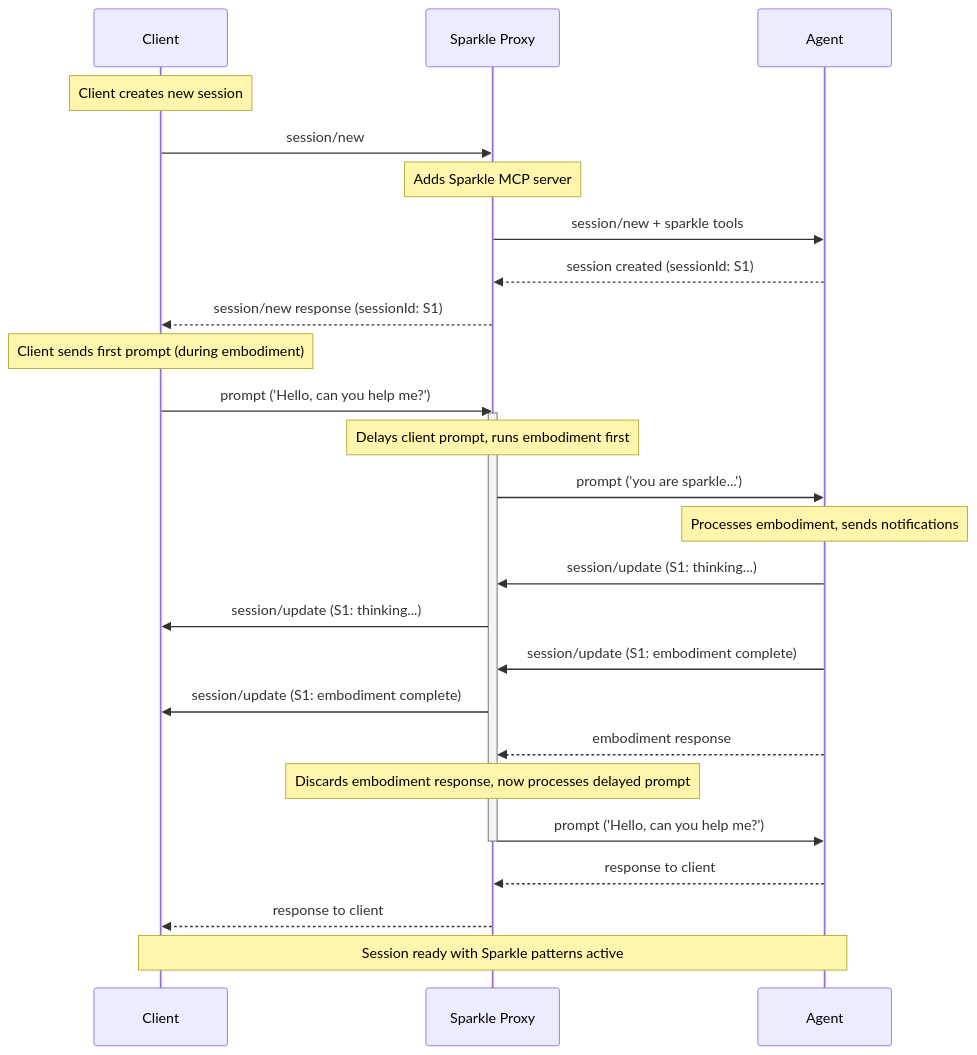
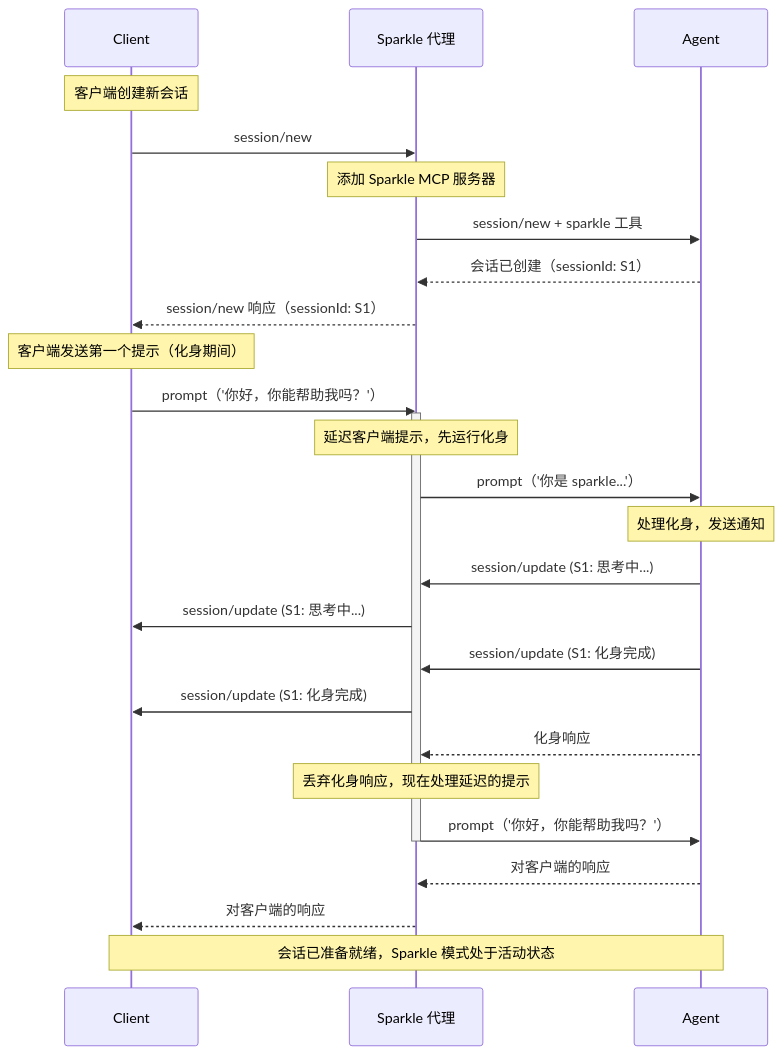
One commit to cxykevin/acp-docs-cn changed the tenth of 11 diagrams in rfds/proxy-chains.mdx. Above: the diagram before and after it, drawn with Mermaid. The commit also changed other lines of this file and 15 other files, not shown here.

````diff
--- a/rfds/proxy-chains.mdx
+++ b/rfds/proxy-chains.mdx
@@ -344,38 +344,38 @@
 ```mermaid
 sequenceDiagram
     participant Client
-    participant Sparkle as Sparkle Proxy
+    participant Sparkle as Sparkle 代理
     participant Agent
 
-    Note over Client: Client creates new session
+    Note over Client: 客户端创建新会话
     Client->>Sparkle: session/new
 
-    Note over Sparkle: Adds Sparkle MCP server
-    Sparkle->>Agent: session/new + sparkle tools
-    Agent-->>Sparkle: session created (sessionId: S1)
-    Sparkle-->>Client: session/new response (sessionId: S1)
+    Note over Sparkle: 添加 Sparkle MCP 服务器
+    Sparkle->>Agent: session/new + sparkle 工具
+    Agent-->>Sparkle: 会话已创建（sessionId: S1）
+    Sparkle-->>Client: session/new 响应（sessionId: S1）
 
-    Note over Client: Client sends first prompt (during embodiment)
-    Client->>Sparkle: prompt ('Hello, can you help me?')
+    Note over Client: 客户端发送第一个提示（化身期间）
+    Client->>Sparkle: prompt（'你好，你能帮助我吗？'）
     activate Sparkle
 
-    Note over Sparkle: Delays client prompt, runs embodiment first
-    Sparkle->>Agent: prompt ('you are sparkle...')
+    Note over Sparkle: 延迟客户端提示，先运行化身
+    Sparkle->>Agent: prompt（'你是 sparkle...'）
 
-    Note over Agent: Processes embodiment, sends notifications
-    Agent->>Sparkle: session/update (S1: thinking...)
-    Sparkle->>Client: session/update (S1: thinking...)
+    Note over Agent: 处理化身，发送通知
+    Agent->>Sparkle: session/update (S1: 思考中...)
+    Sparkle->>Client: session/update (S1: 思考中...)
 
-    Agent->>Sparkle: session/update (S1: embodiment complete)
-    Sparkle->>Client: session/update (S1: embodiment complete)
+    Agent->>Sparkle: session/update (S1: 化身完成)
+    Sparkle->>Client: session/update (S1: 化身完成)
 
-    Agent-->>Sparkle: embodiment response
-    Note over Sparkle: Discards embodiment response, now processes delayed prompt
+    Agent-->>Sparkle: 化身响应
+    Note over Sparkle: 丢弃化身响应，现在处理延迟的提示
 
-    Sparkle->>Agent: prompt ('Hello, can you help me?')
+    Sparkle->>Agent: prompt（'你好，你能帮助我吗？'）
     deactivate Sparkle
-    Agent-->>Sparkle: response to client
-    Sparkle-->>Client: response to client
+    Agent-->>Sparkle: 对客户端的响应
+    Sparkle-->>Client: 对客户端的响应
 
-    Note over Client,Agent: Session ready with Sparkle patterns active
+    Note over Client,Agent: 会话已准备就绪，Sparkle 模式处于活动状态
 ```
````
